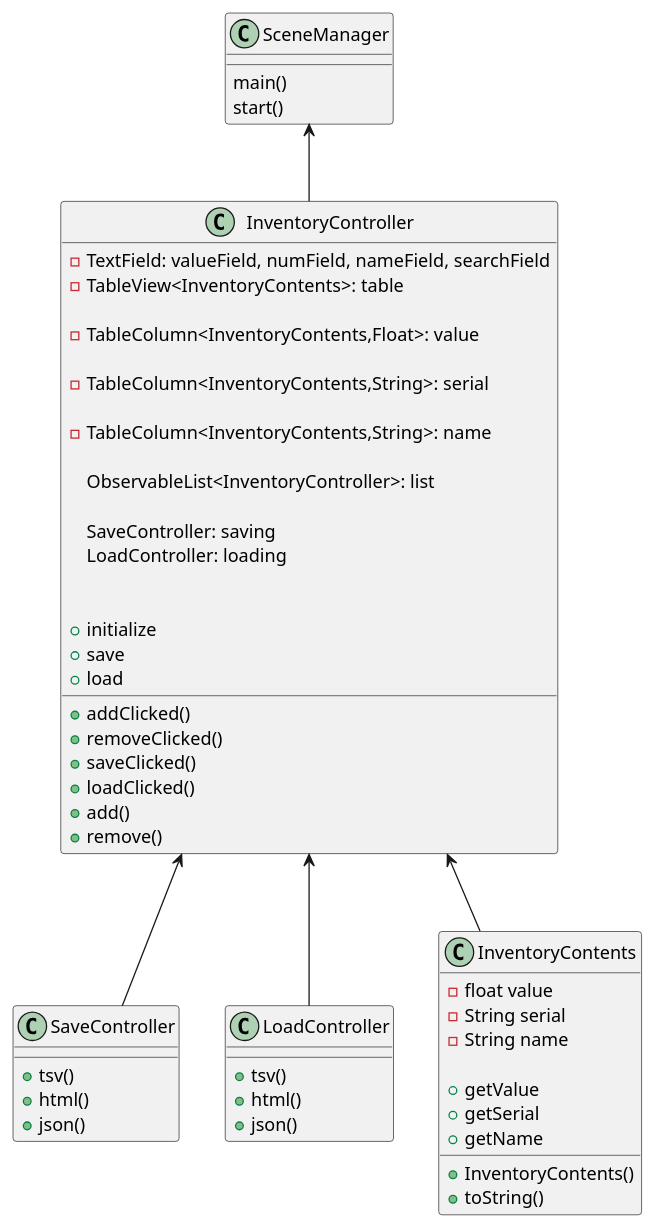
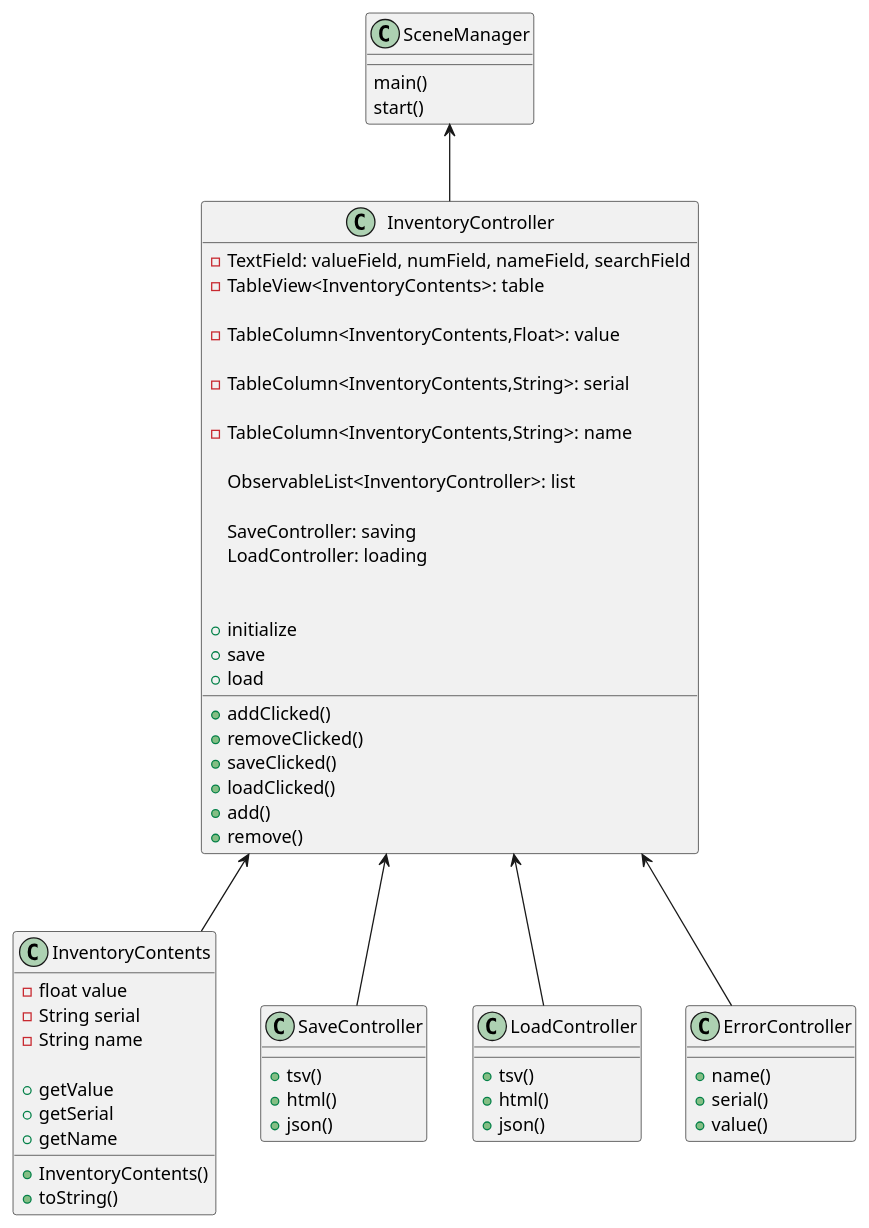
The diagram in uml/classes.puml (lcorona26/corona-0708-a5), drawn with PlantUML before and after one commit. The commit also changed 2 other files, not shown here.

Commit message:
Added ErrorController for cleaner code

```diff
--- a/uml/classes.puml
+++ b/uml/classes.puml
@@ -1,70 +1,75 @@
 @startuml
 
 class SceneManager{
     main()
     start()
 }
 class InventoryController{
 
     -TextField: valueField, numField, nameField, searchField
     -TableView<InventoryContents>: table
 
     -TableColumn<InventoryContents,Float>: value
 
     -TableColumn<InventoryContents,String>: serial
 
     -TableColumn<InventoryContents,String>: name
 
     ObservableList<InventoryController>: list
 
     SaveController: saving
     LoadController: loading
 
 
     +initialize
     + addClicked()
     + removeClicked()
     + saveClicked()
     + loadClicked()
     + add()
     + remove()
     +save
     +load
 
 
 
 }
+class InventoryContents{
 
+    -float value
+    -String serial
+    -String name
+
+    +InventoryContents()
+    +getValue
+    +getSerial
+    +getName
+    +toString()
+}
 class SaveController{
 
    +tsv()
    +html()
    +json()
 }
 class LoadController{
 
    +tsv()
    +html()
    +json()
 }
-class InventoryContents{
+class ErrorController{
 
-    -float value
-    -String serial
-    -String name
-
-    +InventoryContents()
-    +getValue
-    +getSerial
-    +getName
-    +toString()
+   +name()
+   +serial()
+   +value()
 }
-
 
 
 SceneManager <--InventoryController
 InventoryController <-- InventoryContents
 InventoryController <-- SaveController
 InventoryController <-- LoadController
+InventoryController <-- ErrorController
 
 @enduml
```
